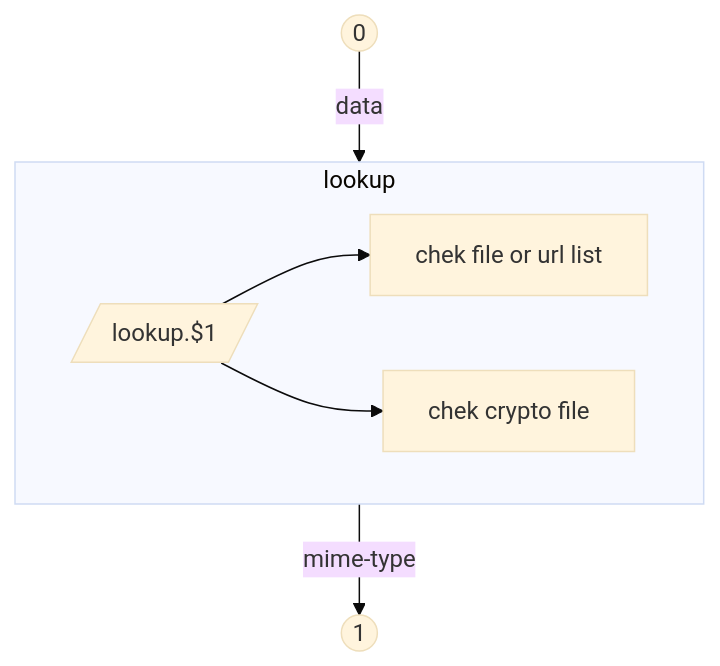
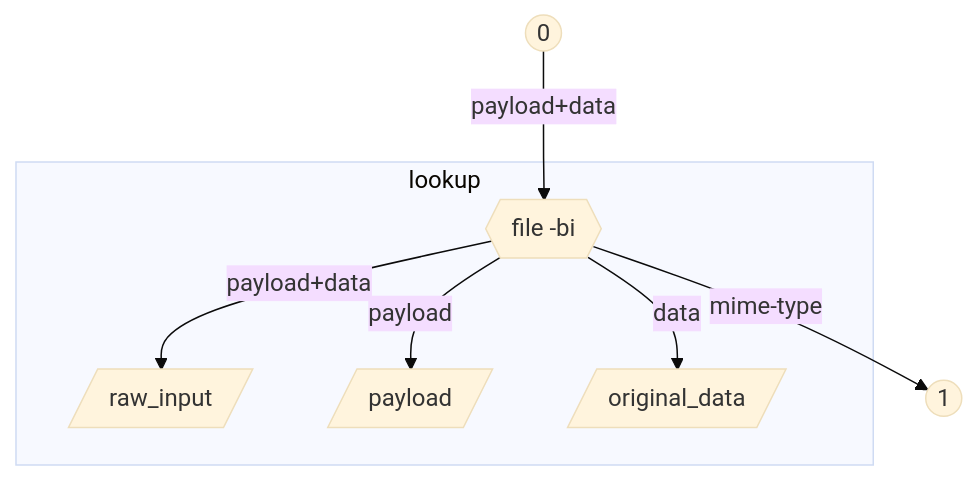
Before and after one commit to tibolpol/sealgood: diagram 16 of 16 in docs/fr/sealgood.md, drawn with Mermaid (base theme). The commit also changed other lines of this file, not shown here.

````diff
--- a/docs/fr/sealgood.md
+++ b/docs/fr/sealgood.md
@@ -1209,9 +1151,10 @@
 ```mermaid
 flowchart TB
-l0((0)) -->|data| lookup
+l0((0)) -->|payload+data| x0{{"file -bi"}}
 subgraph lookup
-  x0[/lookup.$1/] --> cfl[chek file or url list]
-  x0 --> ccy[chek crypto file]
+  x0 -->|payload+data| raw_input[/raw_input/]
+  x0 -->|payload| payload[/payload/]
+  x0 -->|data| data[/original_data/]
 end
-lookup -->|mime-type| l1((1))
+x0 -->|mime-type| l1((1))
 ```
````
